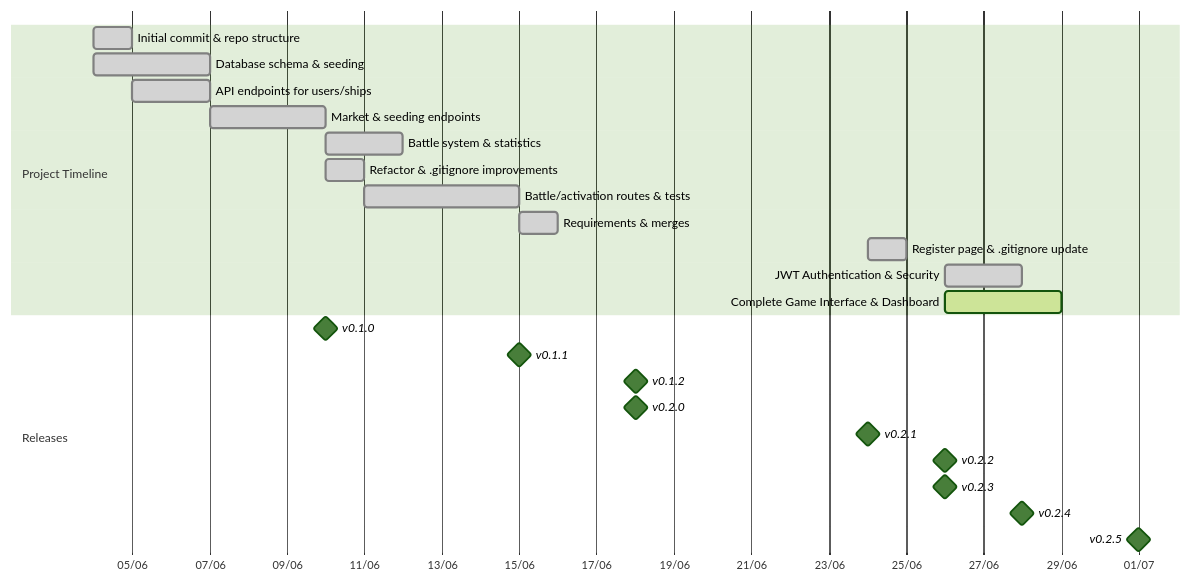
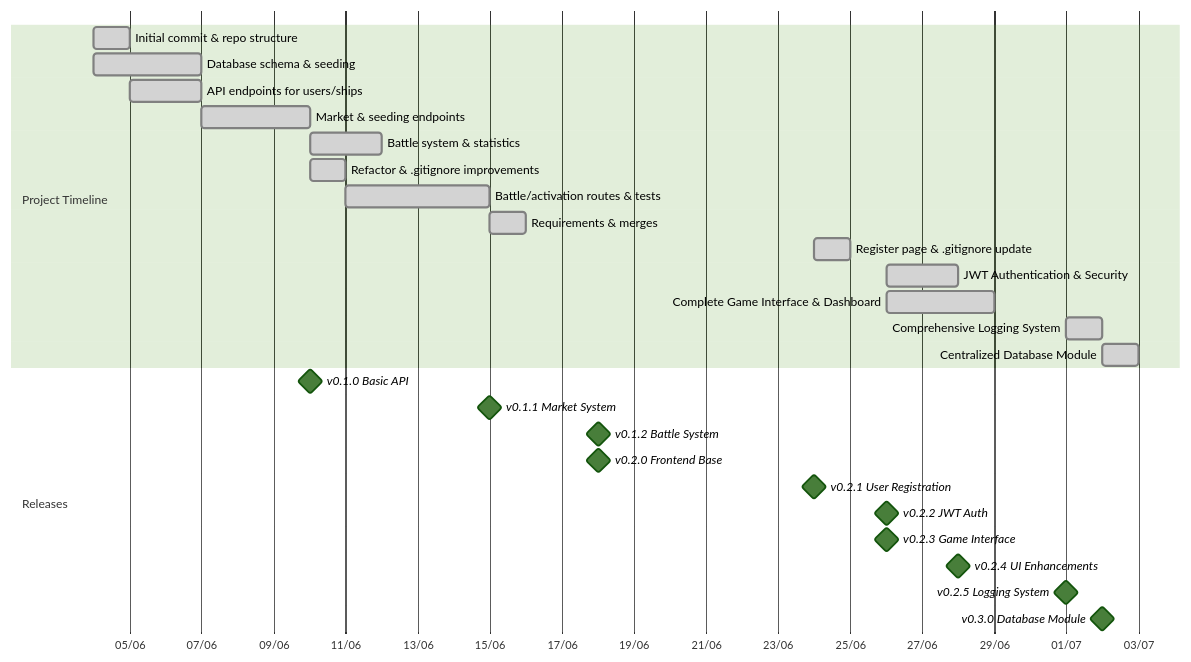
One commit to FilipePacheco73/Bellum-Astrum changed the third of 3 diagrams in README.md. Above: the diagram before and after it, drawn with Mermaid (forest theme). The commit also changed other lines of this file and 32 other files, not shown here.

````diff
--- a/README.md
+++ b/README.md
@@ -264,28 +454,31 @@
 ```mermaid
 gantt
 dateFormat  YYYY-MM-DD
 axisFormat  %d/%m
 section Project Timeline
 Initial commit & repo structure        :done,    des1, 2025-06-04, 1d
 Database schema & seeding             :done,    des2, 2025-06-04, 3d
 API endpoints for users/ships         :done,    des3, 2025-06-05, 2d
 Market & seeding endpoints            :done,    des4, 2025-06-07, 3d
 Battle system & statistics            :done,    des5, 2025-06-10, 2d
 Refactor & .gitignore improvements    :done,    des6, 2025-06-10, 1d
 Battle/activation routes & tests      :done,    des7, 2025-06-11, 4d
 Requirements & merges                 :done,    des8, 2025-06-15, 1d
 Register page & .gitignore update     :done,    des9, 2025-06-24, 1d
 JWT Authentication & Security         :done,    des10, 2025-06-26, 2d
-Complete Game Interface & Dashboard   :active,  des11, 2025-06-26, 3d
+Complete Game Interface & Dashboard   :done,    des11, 2025-06-26, 3d
+Comprehensive Logging System          :done,    des12, 2025-07-01, 1d
+Centralized Database Module           :done,    des13, 2025-07-02, 1d
 
 section Releases
-v0.1.0 :milestone, m1, 2025-06-10, 0d
-v0.1.1 :milestone, m2, 2025-06-15, 0d
-v0.1.2 :milestone, m3, 2025-06-18, 0d
-v0.2.0 :milestone, m4, 2025-06-18, 0d
-v0.2.1 :milestone, m5, 2025-06-24, 0d
-v0.2.2 :milestone, m6, 2025-06-26, 0d
-v0.2.3 :milestone, m7, 2025-06-26, 0d
-v0.2.4 :milestone, m8, 2025-06-28, 0d
-v0.2.5 :milestone, m9, 2025-07-01, 0d
+v0.1.0 Basic API        :milestone, m1, 2025-06-10, 0d
+v0.1.1 Market System    :milestone, m2, 2025-06-15, 0d
+v0.1.2 Battle System    :milestone, m3, 2025-06-18, 0d
+v0.2.0 Frontend Base    :milestone, m4, 2025-06-18, 0d
+v0.2.1 User Registration:milestone, m5, 2025-06-24, 0d
+v0.2.2 JWT Auth         :milestone, m6, 2025-06-26, 0d
+v0.2.3 Game Interface   :milestone, m7, 2025-06-26, 0d
+v0.2.4 UI Enhancements  :milestone, m8, 2025-06-28, 0d
+v0.2.5 Logging System   :milestone, m9, 2025-07-01, 0d
+v0.3.0 Database Module  :milestone, m10, 2025-07-02, 0d
 ```
````
